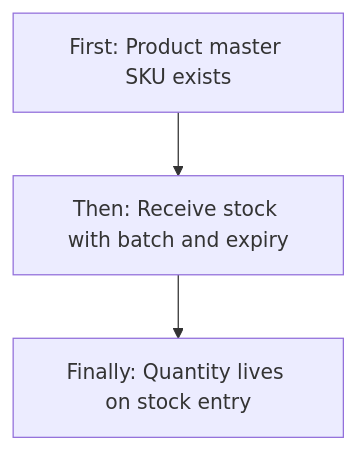
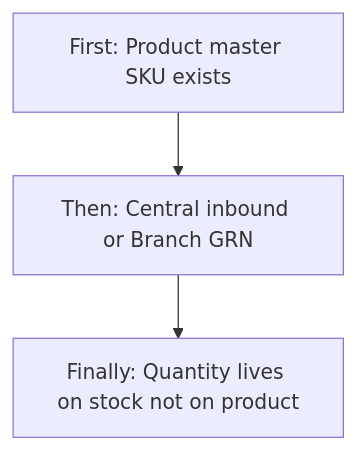
Before and after one commit to Aurifex-Innovations/ERP_docs: the sixth of 9 diagrams in v0_final_docs/product-management.md, drawn with Mermaid. The commit also changed other lines of this file, not shown here.

First line of the commit message:
Enhance product management with multi-category support

````diff
--- a/v0_final_docs/product-management.md
+++ b/v0_final_docs/product-management.md
@@ -598,5 +658,5 @@
 ```mermaid
 flowchart TD
-  productReady["First: Product master SKU exists"] --> stockReceive["Then: Receive stock with batch and expiry"]
-  stockReceive --> qtyLive["Finally: Quantity lives on stock entry"]
+  productReady["First: Product master SKU exists"] --> stockReceive["Then: Central inbound or Branch GRN"]
+  stockReceive --> qtyLive["Finally: Quantity lives on stock not on product"]
 ```
````
